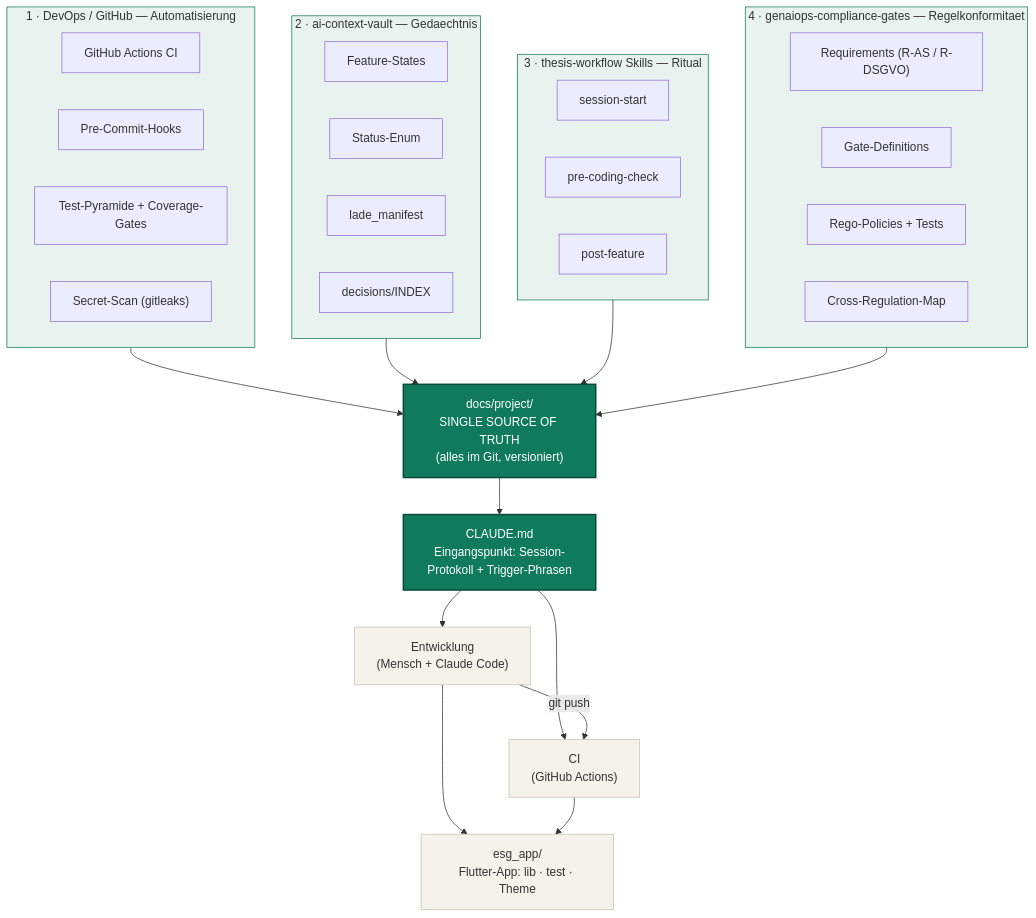
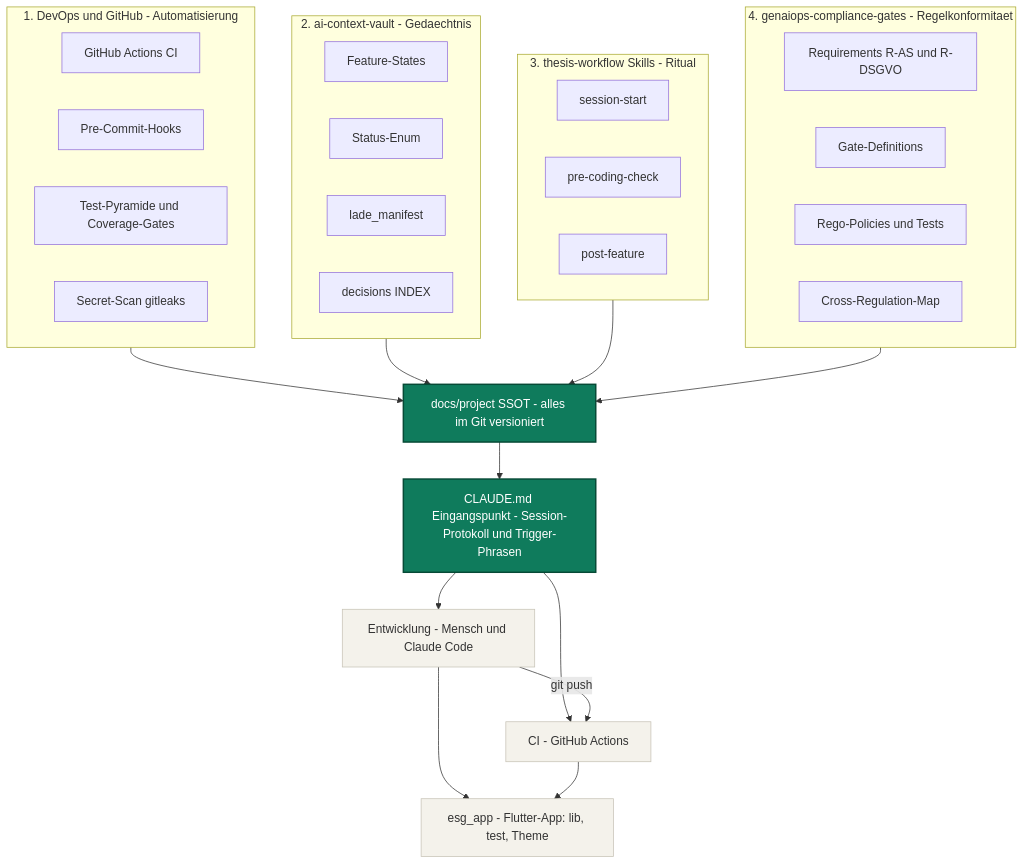
The first of 2 diagrams in docs/project/methodology/vorgehenssystem.md (MustDemir/ESG-Score-App), drawn with Mermaid before and after one commit. The commit also changed other lines of this file, not shown here.

Commit message:
fix(methodology): Mermaid-Diagramme GitHub-renderbar machen
Render-Breaker behoben (mit mermaid-cli verifiziert, beide Diagramme
erzeugen valide SVGs):
- classDef nicht mehr auf Subgraphs angewendet (haeufigster GitHub-
  Mermaid-Fehler) — nur noch auf regulaere Nodes
- Klammern aus Labels entfernt ((gitleaks), (R-AS/R-DSGVO), (P1-P6), (A-F))
- Mittelpunkt-Zeichen und Slashes aus Labels entfernt
- Alle Nodes vor Edges definiert

````diff
--- a/docs/project/methodology/vorgehenssystem.md
+++ b/docs/project/methodology/vorgehenssystem.md
@@ -31,47 +31,48 @@
 ```mermaid
 graph TD
-    subgraph Q1["1 · DevOps / GitHub — Automatisierung"]
+    subgraph Q1["1. DevOps und GitHub - Automatisierung"]
         Q1a["GitHub Actions CI"]
         Q1b["Pre-Commit-Hooks"]
-        Q1c["Test-Pyramide + Coverage-Gates"]
-        Q1d["Secret-Scan (gitleaks)"]
+        Q1c["Test-Pyramide und Coverage-Gates"]
+        Q1d["Secret-Scan gitleaks"]
     end
-    subgraph Q2["2 · ai-context-vault — Gedaechtnis"]
+    subgraph Q2["2. ai-context-vault - Gedaechtnis"]
         Q2a["Feature-States"]
         Q2b["Status-Enum"]
         Q2c["lade_manifest"]
-        Q2d["decisions/INDEX"]
+        Q2d["decisions INDEX"]
     end
-    subgraph Q3["3 · thesis-workflow Skills — Ritual"]
+    subgraph Q3["3. thesis-workflow Skills - Ritual"]
         Q3a["session-start"]
         Q3b["pre-coding-check"]
         Q3c["post-feature"]
     end
-    subgraph Q4["4 · genaiops-compliance-gates — Regelkonformitaet"]
-        Q4a["Requirements (R-AS / R-DSGVO)"]
+    subgraph Q4["4. genaiops-compliance-gates - Regelkonformitaet"]
+        Q4a["Requirements R-AS und R-DSGVO"]
         Q4b["Gate-Definitions"]
-        Q4c["Rego-Policies + Tests"]
+        Q4c["Rego-Policies und Tests"]
         Q4d["Cross-Regulation-Map"]
     end
+
+    SSOT["docs/project SSOT - alles im Git versioniert"]
+    CLAUDE["CLAUDE.md Eingangspunkt - Session-Protokoll und Trigger-Phrasen"]
+    DEV["Entwicklung - Mensch und Claude Code"]
+    CI["CI - GitHub Actions"]
+    APP["esg_app - Flutter-App: lib, test, Theme"]
 
     Q1 --> SSOT
     Q2 --> SSOT
     Q3 --> SSOT
     Q4 --> SSOT
-
-    SSOT["docs/project/<br/>SINGLE SOURCE OF TRUTH<br/>(alles im Git, versioniert)"]
-    SSOT --> CLAUDE["CLAUDE.md<br/>Eingangspunkt: Session-Protokoll + Trigger-Phrasen"]
-
-    CLAUDE --> DEV["Entwicklung<br/>(Mensch + Claude Code)"]
-    CLAUDE --> CI["CI<br/>(GitHub Actions)"]
+    SSOT --> CLAUDE
+    CLAUDE --> DEV
+    CLAUDE --> CI
     DEV -->|git push| CI
-    DEV --> APP["esg_app/<br/>Flutter-App: lib · test · Theme"]
+    DEV --> APP
     CI --> APP
 
-    classDef source fill:#E8F2EE,stroke:#0F7B5C,stroke-width:1px;
-    classDef core fill:#0F7B5C,color:#fff,stroke:#074A36,stroke-width:2px;
+    classDef core fill:#0F7B5C,color:#ffffff,stroke:#074A36,stroke-width:2px;
     classDef app fill:#F4F2EB,stroke:#C7C3B6,stroke-width:1px;
-    class Q1,Q2,Q3,Q4 source;
     class SSOT,CLAUDE core;
     class DEV,CI,APP app;
 ```
````
